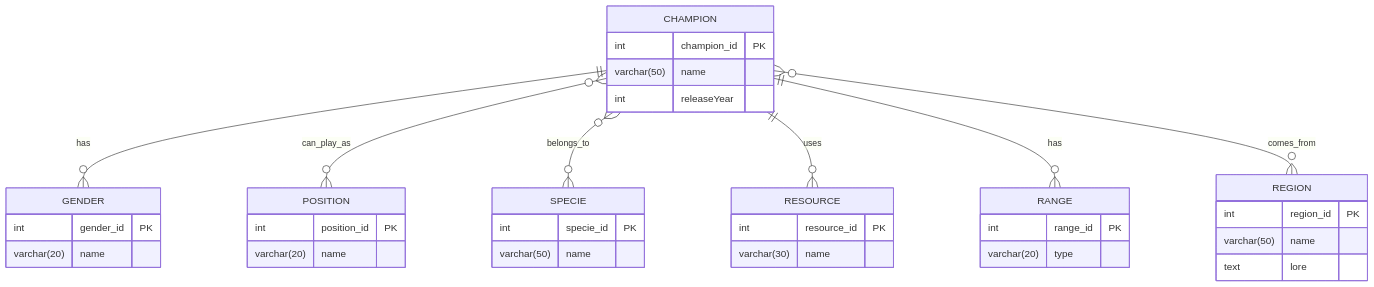
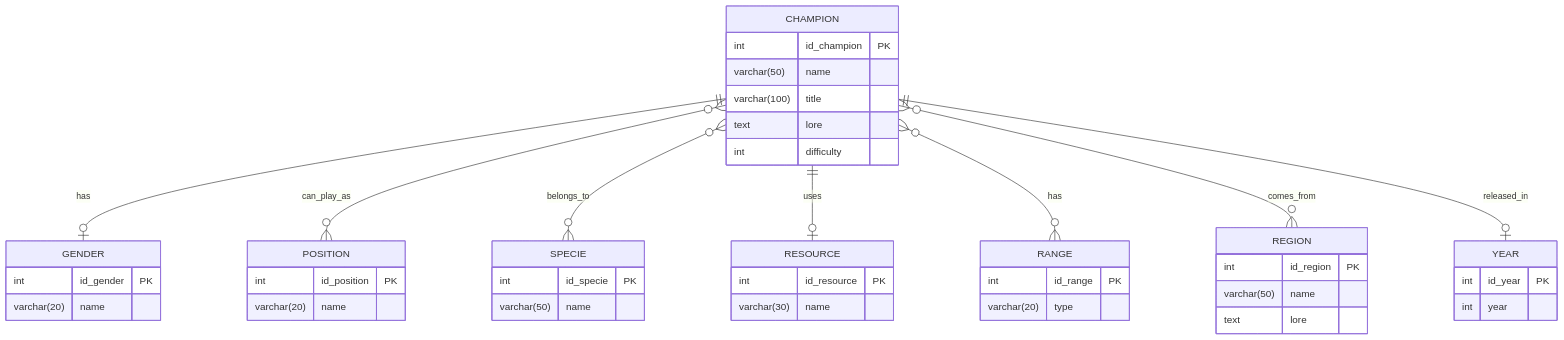
One commit to osman699/BTS2-CIEL-IR-MCD-2024-2025 changed the diagram in TP_integration_MCD.md. Above: the diagram before and after it, drawn with Mermaid.

````diff
--- a/TP_integration_MCD.md
+++ b/TP_integration_MCD.md
@@ -59,40 +59,47 @@
 ```mermaid
 erDiagram
     CHAMPION {
-        int champion_id PK
+        int id_champion PK
         varchar(50) name
-        int releaseYear
+        varchar(100) title
+        text lore
+        int difficulty
     }
     GENDER {
-        int gender_id PK
+        int id_gender PK
         varchar(20) name
     }
     POSITION {
-        int position_id PK
+        int id_position PK
         varchar(20) name
     }
     SPECIE {
-        int specie_id PK
+        int id_specie PK
         varchar(50) name
     }
     RESOURCE {
-        int resource_id PK
+        int id_resource PK
         varchar(30) name
     }
     RANGE {
-        int range_id PK
+        int id_range PK
         varchar(20) type
     }
     REGION {
-        int region_id PK
+        int id_region PK
         varchar(50) name
         text lore
     }
+    YEAR {
+        int id_year PK
+        int year
+    }
 
-    CHAMPION ||--o{ GENDER : "has"
+    CHAMPION ||--o| GENDER : "has"
     CHAMPION }o--o{ POSITION : "can_play_as"
     CHAMPION }o--o{ SPECIE : "belongs_to"
-    CHAMPION ||--o{ RESOURCE : "uses"
-    CHAMPION ||--o{ RANGE : "has"
+    CHAMPION ||--o| RESOURCE : "uses"
+    CHAMPION }o--o{ RANGE : "has"
     CHAMPION }o--o{ REGION : "comes_from"
+    CHAMPION ||--o| YEAR : "released_in"
 ```
````
